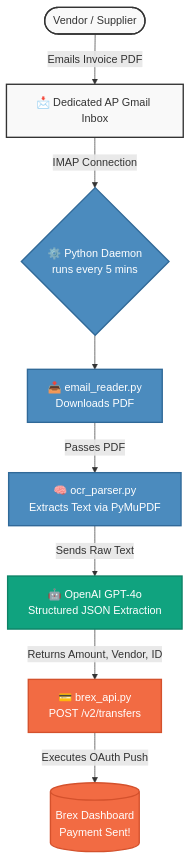
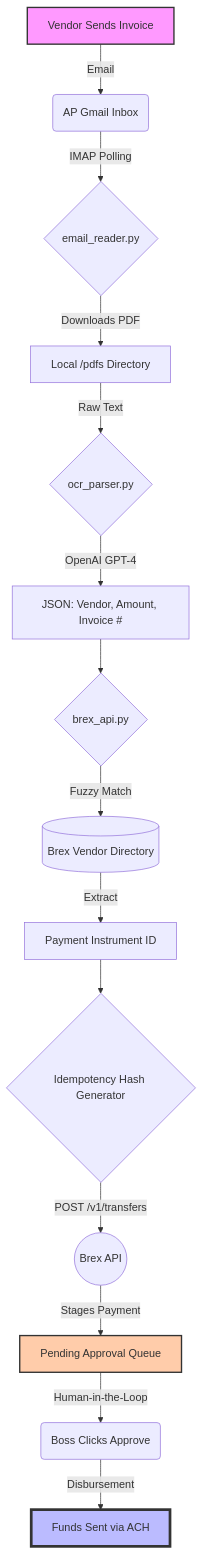
Before and after one commit to Vamshi868876/Brex-AutoPay-Pipeline: the diagram in README.md, drawn with Mermaid. The commit also changed other lines of this file and 8 other files, not shown here.

Commit message:
Professionalize codebase: Add Idempotency key, Markdown architecture, and MIT license

````diff
--- a/README.md
+++ b/README.md
@@ -14,27 +22,23 @@
 ```mermaid
 graph TD
-    %% Styling
-    classDef external fill:#f9f9f9,stroke:#333,stroke-width:2px;
-    classDef python fill:#4B8BBE,stroke:#306998,stroke-width:2px,color:white;
-    classDef openai fill:#10a37f,stroke:#0d8266,stroke-width:2px,color:white;
-    classDef brex fill:#F26B43,stroke:#d4512c,stroke-width:2px,color:white;
-
-    %% Nodes
-    Vendor([Vendor / Supplier]):::external
-    Gmail[📩 Dedicated AP Gmail Inbox]:::external
-    Daemon{⚙️ Python Daemon<br/>runs every 5 mins}:::python
-    IMAP[📥 email_reader.py<br/>Downloads PDF]:::python
-    OCR[🧠 ocr_parser.py<br/>Extracts Text via PyMuPDF]:::python
-    GPT[🤖 OpenAI GPT-4o<br/>Structured JSON Extraction]:::openai
-    API[💳 brex_api.py<br/>POST /v2/transfers]:::brex
-    BrexPlatform[(Brex Dashboard<br/>Payment Sent!)]:::brex
-
-    %% Flow
-    Vendor -- "Emails Invoice PDF" --> Gmail
-    Gmail -- "IMAP Connection" --> Daemon
-    Daemon --> IMAP
-    IMAP -- "Passes PDF" --> OCR
-    OCR -- "Sends Raw Text" --> GPT
-    GPT -- "Returns Amount, Vendor, ID" --> API
-    API -- "Executes OAuth Push" --> BrexPlatform
+    A[Vendor Sends Invoice] -->|Email| B(AP Gmail Inbox)
+    B -->|IMAP Polling| C{email_reader.py}
+    C -->|Downloads PDF| D[Local /pdfs Directory]
+    D -->|Raw Text| E{ocr_parser.py}
+    E -->|OpenAI GPT-4| F[JSON: Vendor, Amount, Invoice #]
+    
+    F --> G{brex_api.py}
+    G -->|Fuzzy Match| H[(Brex Vendor Directory)]
+    H -->|Extract| I[Payment Instrument ID]
+    
+    I --> J{Idempotency Hash Generator}
+    J -->|POST /v1/transfers| K((Brex API))
+    
+    K -->|Stages Payment| L[Pending Approval Queue]
+    L -->|Human-in-the-Loop| M(Boss Clicks Approve)
+    M -->|Disbursement| N[Funds Sent via ACH]
+    
+    style A fill:#f9f,stroke:#333,stroke-width:2px
+    style N fill:#bbf,stroke:#333,stroke-width:4px
+    style L fill:#fca,stroke:#333,stroke-width:2px
 ```
````
